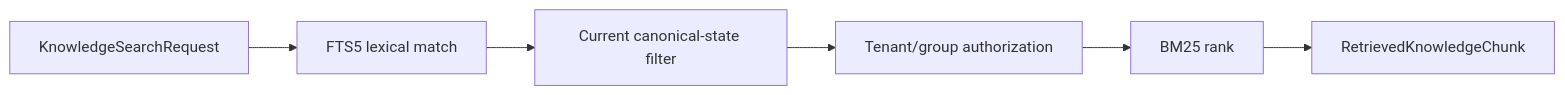
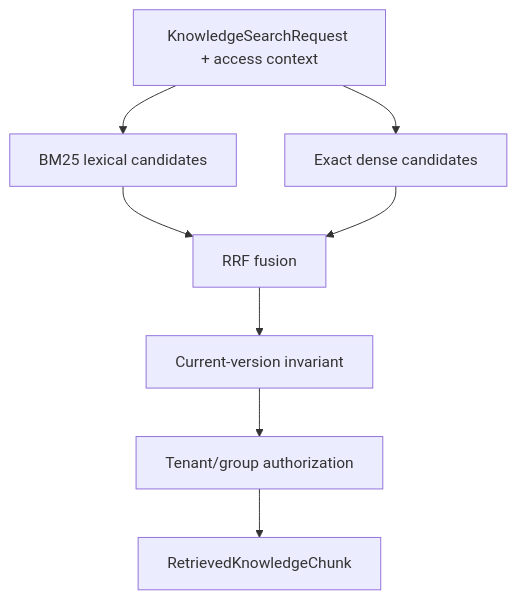
One commit to kumarchandansingh/tropos changed the fourth of 6 diagrams in docs/architecture/ARCHITECTURE_OVERVIEW.md. Above: the diagram before and after it, drawn with Mermaid. The commit also changed other lines of this file and 16 other files, not shown here.

First line of the commit message:
docs: reconcile Tropos product architecture and decision history (#69)

````diff
--- a/docs/architecture/ARCHITECTURE_OVERVIEW.md
+++ b/docs/architecture/ARCHITECTURE_OVERVIEW.md
@@ -112,9 +139,11 @@
 ```mermaid
-flowchart LR
-    Query[KnowledgeSearchRequest]
-    --> Match[FTS5 lexical match]
-    --> Current[Current canonical-state filter]
-    --> Auth[Tenant/group authorization]
-    --> Rank[BM25 rank]
-    --> Evidence[RetrievedKnowledgeChunk]
+flowchart TB
+    Query[KnowledgeSearchRequest + access context]
+    --> Lex[BM25 lexical candidates]
+    Query --> Dense[Exact dense candidates]
+    Lex --> Hybrid[RRF fusion]
+    Dense --> Hybrid
+    Hybrid --> Current[Current-version invariant]
+    Current --> Authorized[Tenant/group authorization]
+    Authorized --> Result[RetrievedKnowledgeChunk]
 ```
````
